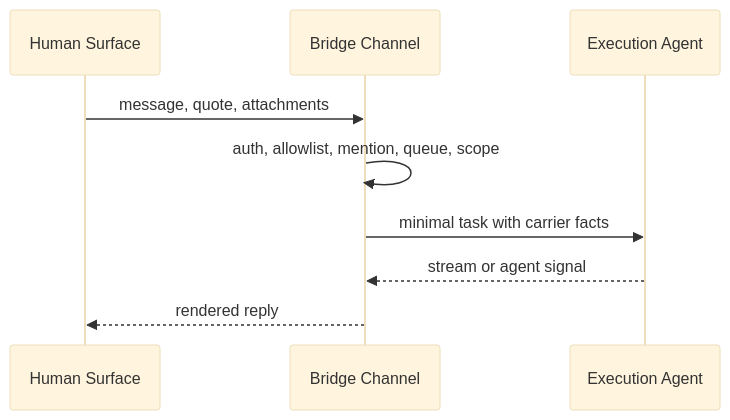
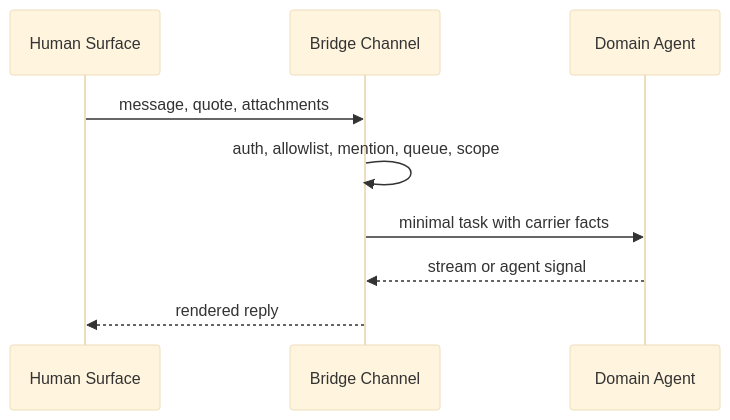
One commit to cloudsbeyond/agent-interaction-bridge changed the first of 5 diagrams in architecture/system-design.md. Above: the diagram before and after it, drawn with Mermaid (base theme). The commit also changed other lines of this file and 89 other files, not shown here.

First line of the commit message:
feat: formalize bounded domain-agent interaction (#4)

````diff
--- a/architecture/system-design.md
+++ b/architecture/system-design.md
@@ -45,12 +44,12 @@
 ```mermaid
 sequenceDiagram
   participant H as Human Surface
   participant B as Bridge Channel
-  participant E as Execution Agent
+  participant D as Domain Agent
 
   H->>B: message, quote, attachments
   B->>B: auth, allowlist, mention, queue, scope
-  B->>E: minimal task with carrier facts
-  E-->>B: stream or agent signal
+  B->>D: minimal task with carrier facts
+  D-->>B: stream or agent signal
   B-->>H: rendered reply
 ```
````
